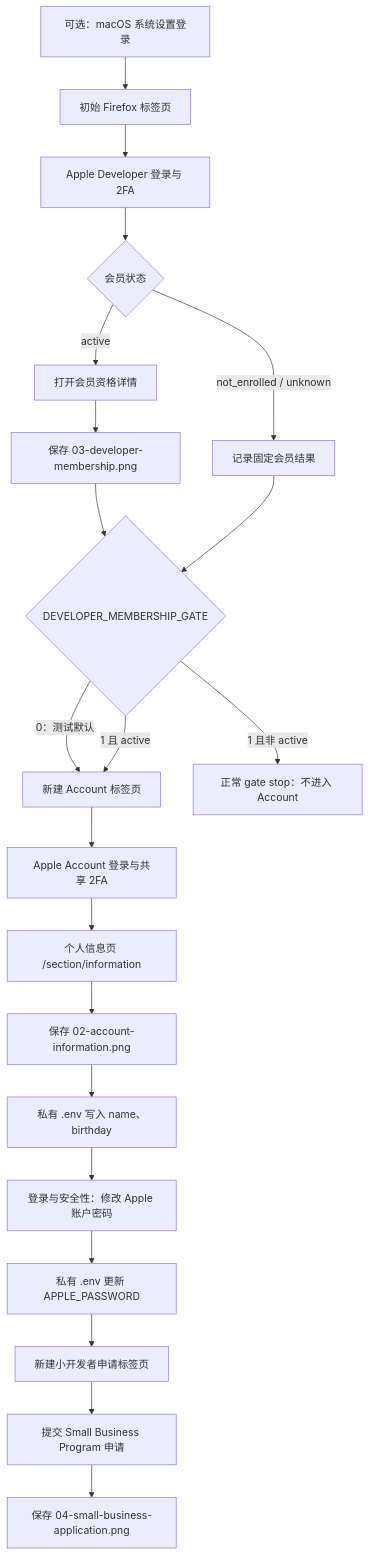
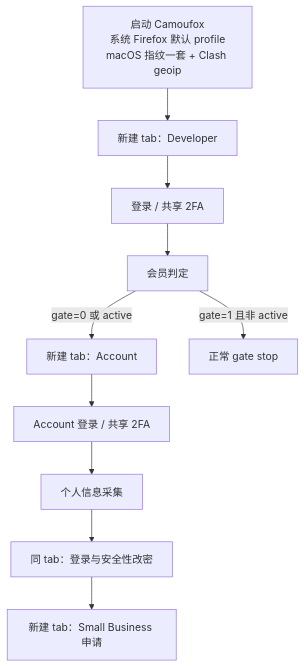
One commit to jiahaoyin/AutoMation changed the diagram in README.md. Above: the diagram before and after it, drawn with Mermaid. The commit also changed other lines of this file and 56 other files, not shown here.

```diff
--- a/README.md
+++ b/README.md
@@ -9,23 +16,12 @@
 ~~~mermaid
 flowchart TD
-    A[可选：macOS 系统设置登录] --> B[初始 Firefox 标签页]
-    B --> C[Apple Developer 登录与 2FA]
-    C --> D{会员状态}
-    D -->|active| E[打开会员资格详情]
-    E --> F[保存 03-developer-membership.png]
-    D -->|not_enrolled / unknown| G[记录固定会员结果]
-    F --> H{DEVELOPER_MEMBERSHIP_GATE}
-    G --> H
-    H -->|0：测试默认| I[新建 Account 标签页]
-    H -->|1 且 active| I
-    H -->|1 且非 active| J[正常 gate stop：不进入 Account]
-    I --> K[Apple Account 登录与共享 2FA]
-    K --> L[个人信息页 /section/information]
-    L --> M[保存 02-account-information.png]
-    M --> N[私有 .env 写入 name、birthday]
-    N --> O[登录与安全性：修改 Apple 账户密码]
-    O --> P[私有 .env 更新 APPLE_PASSWORD]
-    P --> Q[新建小开发者申请标签页]
-    Q --> R[提交 Small Business Program 申请]
-    R --> S[保存 04-small-business-application.png]
+    A[启动 Camoufox<br/>系统 Firefox 默认 profile<br/>macOS 指纹一套 + Clash geoip] --> B[新建 tab：Developer]
+    B --> C[登录 / 共享 2FA]
+    C --> D[会员判定]
+    D -->|gate=0 或 active| E[新建 tab：Account]
+    D -->|gate=1 且非 active| X[正常 gate stop]
+    E --> F[Account 登录 / 共享 2FA]
+    F --> G[个人信息采集]
+    G --> H[同 tab：登录与安全性改密]
+    H --> I[新建 tab：Small Business 申请]
 ~~~
```
